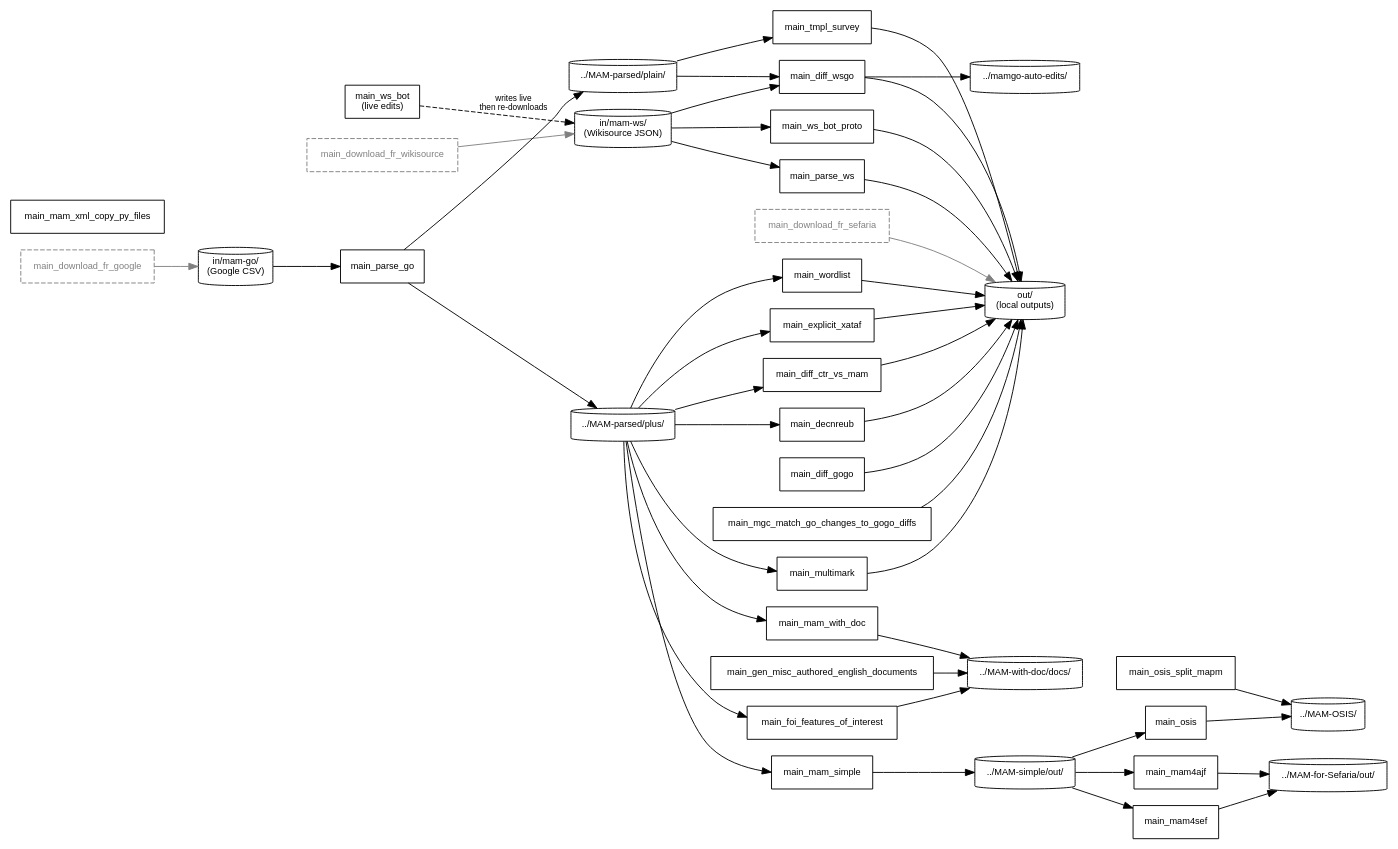
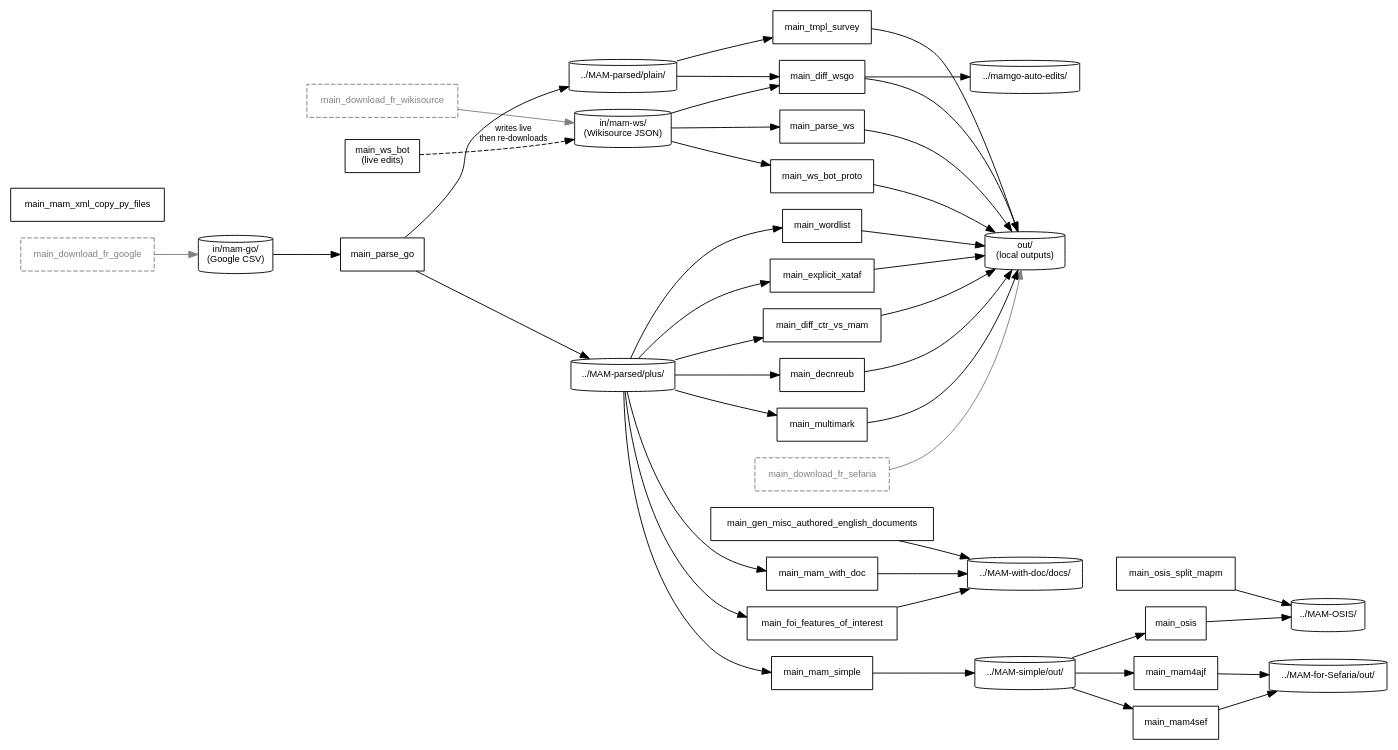
The diagram in pipeline.dot (bdenckla/MAM-basics), drawn with Graphviz before and after one commit. The commit also changed 40 other files, not shown here.

```diff
--- a/pipeline.dot
+++ b/pipeline.dot
@@ -1,108 +1,104 @@
 digraph mam_pipeline {
     rankdir=LR;
     node [fontname="Helvetica", fontsize=10];
     edge [fontname="Helvetica", fontsize=9];
 
     // ── Data stores ──
     node [shape=cylinder];
     ds_go_csv    [label="in/mam-go/\n(Google CSV)"];
     ds_parsed_plus  [label="../MAM-parsed/plus/"];
     ds_parsed_plain [label="../MAM-parsed/plain/"];
     ds_ws        [label="in/mam-ws/\n(Wikisource JSON)"];
     ds_simple    [label="../MAM-simple/out/"];
     ds_with_doc  [label="../MAM-with-doc/docs/"];
     ds_sefaria   [label="../MAM-for-Sefaria/out/"];
     ds_osis      [label="../MAM-OSIS/"];
     ds_out       [label="out/\n(local outputs)"];
     ds_mamgo_auto [label="../mamgo-auto-edits/"];
 
     // ── External prerequisites (not part of _STEPS) ──
     node [shape=box, style=dashed, color=gray, fontcolor=gray];
     download_go  [label="main_download_fr_google"];
     download_ws  [label="main_download_fr_wikisource"];
     download_sef [label="main_download_fr_sefaria"];
 
     // ── Pipeline steps ──
     node [shape=box, style="", color="", fontcolor=""];
     parse_go     [label="main_parse_go"];
     foi          [label="main_foi_features_of_interest"];
     mam_with_doc [label="main_mam_with_doc"];
     tmpl_survey  [label="main_tmpl_survey"];
     mam_simple   [label="main_mam_simple"];
     mam4sef      [label="main_mam4sef"];
     mam4ajf      [label="main_mam4ajf"];
     osis         [label="main_osis"];
     decnreub     [label="main_decnreub"];
     multimark    [label="main_multimark"];
     wordlist     [label="main_wordlist"];
     explicit_xataf [label="main_explicit_xataf"];
     diff_wsgo    [label="main_diff_wsgo"];
-    diff_gogo    [label="main_diff_gogo"];
     diff_ctr     [label="main_diff_ctr_vs_mam"];
     parse_ws     [label="main_parse_ws"];
     ws_bot_proto [label="main_ws_bot_proto"];
     ws_bot       [label="main_ws_bot\n(live edits)"];
     gen_docs     [label="main_gen_misc_authored_english_documents"];
     mam_xml_copy [label="main_mam_xml_copy_py_files"];
-    mgc          [label="main_mgc_match_go_changes_to_gogo_diffs"];
     osis_split   [label="main_osis_split_mapm"];
 
     // ── Edges ──
 
     // Google pipeline
     download_go  -> ds_go_csv   [color=gray];
     ds_go_csv    -> parse_go;
     parse_go     -> ds_parsed_plus;
     parse_go     -> ds_parsed_plain;
 
     // MAM-parsed consumers
     ds_parsed_plus  -> foi;
     ds_parsed_plus  -> mam_with_doc;
     ds_parsed_plus  -> mam_simple;
     ds_parsed_plus  -> decnreub;
     ds_parsed_plus  -> multimark;
     ds_parsed_plus  -> wordlist;
     ds_parsed_plus  -> explicit_xataf;
     ds_parsed_plus  -> diff_ctr;
     ds_parsed_plain -> tmpl_survey;
     ds_parsed_plain -> diff_wsgo;
 
     // MAM-with-doc outputs
     foi          -> ds_with_doc;
     mam_with_doc -> ds_with_doc;
     gen_docs     -> ds_with_doc;
 
     // MAM-simple pipeline
     mam_simple   -> ds_simple;
     ds_simple    -> mam4sef;
     ds_simple    -> mam4ajf;
     ds_simple    -> osis;
     mam4sef      -> ds_sefaria;
     mam4ajf      -> ds_sefaria;
     osis         -> ds_osis;
     osis_split   -> ds_osis;
 
     // Local out/ outputs
     tmpl_survey  -> ds_out;
     decnreub     -> ds_out;
     multimark    -> ds_out;
     wordlist     -> ds_out;
     explicit_xataf -> ds_out;
     diff_wsgo    -> ds_out;
     diff_wsgo    -> ds_mamgo_auto;
-    diff_gogo    -> ds_out;
     diff_ctr     -> ds_out;
     parse_ws     -> ds_out;
     ws_bot_proto -> ds_out;
-    mgc          -> ds_out;
 
     // Wikisource pipeline
     download_ws  -> ds_ws       [color=gray];
     ds_ws        -> diff_wsgo;
     ds_ws        -> parse_ws;
     ds_ws        -> ws_bot_proto;
     ws_bot       -> ds_ws       [style=dashed, label="writes live\nthen re-downloads"];
 
     // Sefaria download (standalone)
     download_sef -> ds_out      [color=gray];
 }
```
